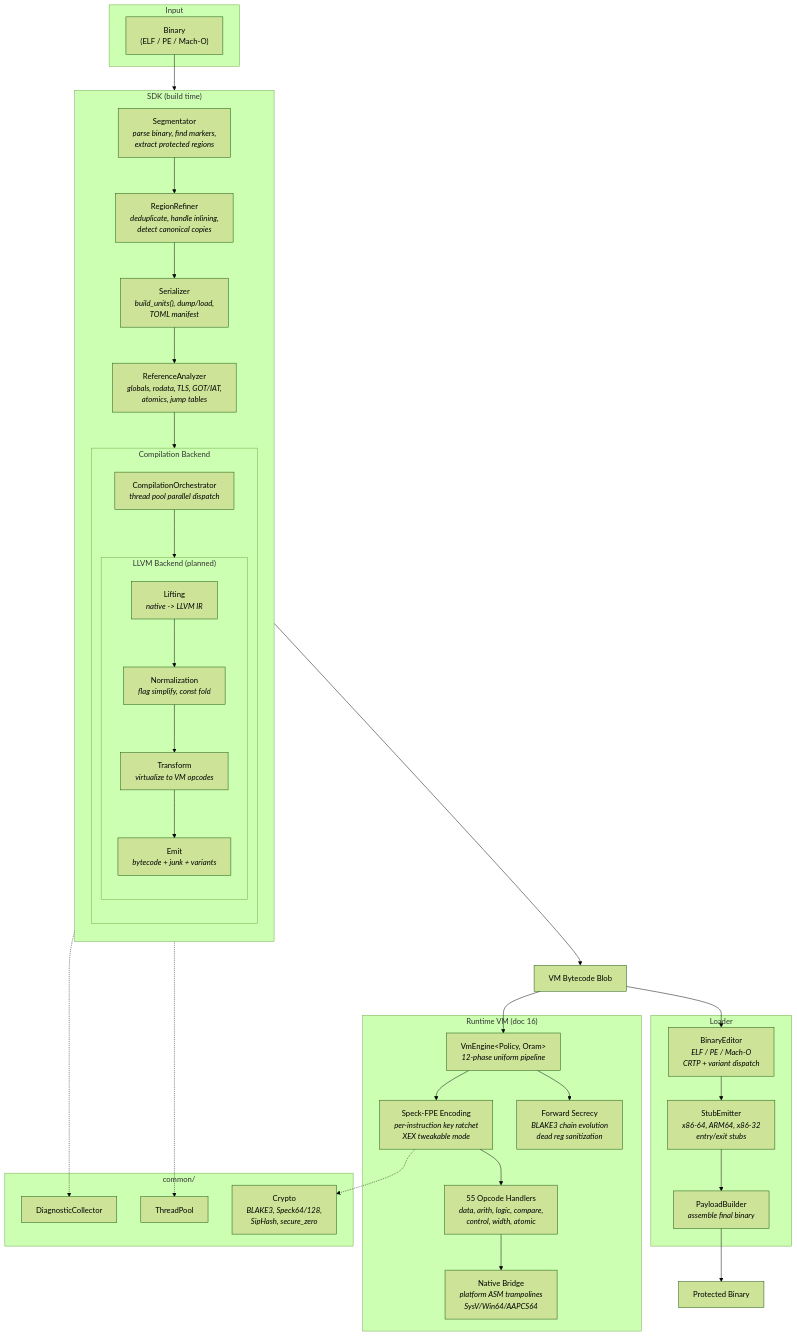
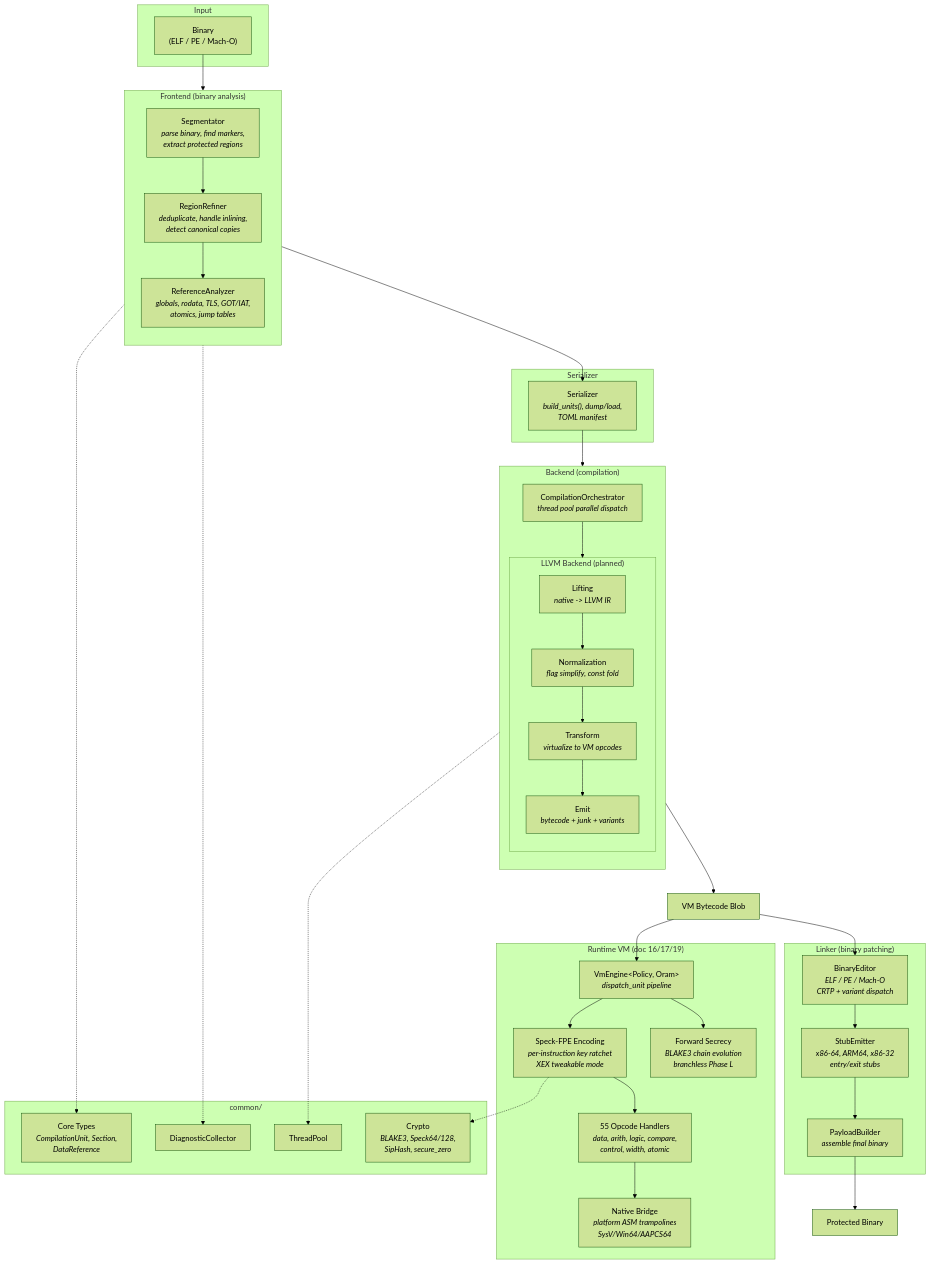
The diagram in README.md (scc-tw/VMPilot), drawn with Mermaid (forest theme) before and after one commit. The commit also changed other lines of this file, not shown here.

First line of the commit message:
docs: update README for frontend/backend/serializer/linker restructuring

````diff
--- a/README.md
+++ b/README.md
@@ -404,62 +437,68 @@
 ```mermaid
 flowchart TB
     subgraph Input
         BIN["Binary<br/>(ELF / PE / Mach-O)"]
     end
 
-    subgraph SDK["SDK (build time)"]
+    subgraph Frontend["Frontend (binary analysis)"]
         direction TB
         SEG["Segmentator<br/><i>parse binary, find markers,<br/>extract protected regions</i>"]
         REF["RegionRefiner<br/><i>deduplicate, handle inlining,<br/>detect canonical copies</i>"]
-        SER["Serializer<br/><i>build_units(), dump/load,<br/>TOML manifest</i>"]
         REFA["ReferenceAnalyzer<br/><i>globals, rodata, TLS, GOT/IAT,<br/>atomics, jump tables</i>"]
-
-        subgraph Compiler["Compilation Backend"]
-            direction TB
-            ORCH["CompilationOrchestrator<br/><i>thread pool parallel dispatch</i>"]
-            subgraph Future["LLVM Backend (planned)"]
-                LIFT["Lifting<br/><i>native -> LLVM IR</i>"]
-                NORM["Normalization<br/><i>flag simplify, const fold</i>"]
-                XFORM["Transform<br/><i>virtualize to VM opcodes</i>"]
-                XEMIT["Emit<br/><i>bytecode + junk + variants</i>"]
-                LIFT --> NORM --> XFORM --> XEMIT
-            end
-            ORCH --> Future
-        end
-
-        SEG --> REF --> SER --> REFA --> ORCH
+        SEG --> REF --> REFA
     end
 
-    subgraph Loader["Loader"]
+    subgraph Serializer["Serializer"]
+        SER["Serializer<br/><i>build_units(), dump/load,<br/>TOML manifest</i>"]
+    end
+
+    subgraph Backend["Backend (compilation)"]
+        direction TB
+        ORCH["CompilationOrchestrator<br/><i>thread pool parallel dispatch</i>"]
+        subgraph Future["LLVM Backend (planned)"]
+            LIFT["Lifting<br/><i>native -> LLVM IR</i>"]
+            NORM["Normalization<br/><i>flag simplify, const fold</i>"]
+            XFORM["Transform<br/><i>virtualize to VM opcodes</i>"]
+            XEMIT["Emit<br/><i>bytecode + junk + variants</i>"]
+            LIFT --> NORM --> XFORM --> XEMIT
+        end
+        ORCH --> Future
+    end
+
+    subgraph Linker["Linker (binary patching)"]
         EDIT["BinaryEditor<br/><i>ELF / PE / Mach-O<br/>CRTP + variant dispatch</i>"]
         STUB["StubEmitter<br/><i>x86-64, ARM64, x86-32<br/>entry/exit stubs</i>"]
         PAY["PayloadBuilder<br/><i>assemble final binary</i>"]
         EDIT --> STUB --> PAY
     end
 
-    subgraph Runtime["Runtime VM (doc 16)"]
-        ENG["VmEngine&lt;Policy, Oram&gt;<br/><i>12-phase uniform pipeline</i>"]
+    subgraph Runtime["Runtime VM (doc 16/17/19)"]
+        ENG["VmEngine&lt;Policy, Oram&gt;<br/><i>dispatch_unit pipeline</i>"]
         FPE["Speck-FPE Encoding<br/><i>per-instruction key ratchet<br/>XEX tweakable mode</i>"]
         HAND["55 Opcode Handlers<br/><i>data, arith, logic, compare,<br/>control, width, atomic</i>"]
         BRIDGE["Native Bridge<br/><i>platform ASM trampolines<br/>SysV/Win64/AAPCS64</i>"]
-        CHAIN["Forward Secrecy<br/><i>BLAKE3 chain evolution<br/>dead reg sanitization</i>"]
+        CHAIN["Forward Secrecy<br/><i>BLAKE3 chain evolution<br/>branchless Phase L</i>"]
         ENG --> FPE --> HAND --> BRIDGE
         ENG --> CHAIN
     end
 
     BIN --> SEG
+    REFA --> SER
+    SER --> ORCH
     XEMIT --> BLOB["VM Bytecode Blob"]
     BLOB --> EDIT
     PAY --> FINAL["Protected Binary"]
     BLOB --> ENG
 
     subgraph Common["common/"]
+        CORE["Core Types<br/><i>CompilationUnit, Section,<br/>DataReference</i>"]
         DIAG["DiagnosticCollector"]
         POOL["ThreadPool"]
         CRYPTO["Crypto<br/><i>BLAKE3, Speck64/128,<br/>SipHash, secure_zero</i>"]
     end
 
     ORCH -.-> POOL
     SEG -.-> DIAG
     FPE -.-> CRYPTO
+    REFA -.-> CORE
 ```
````
